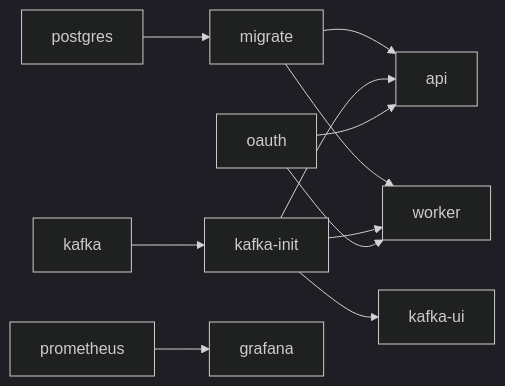
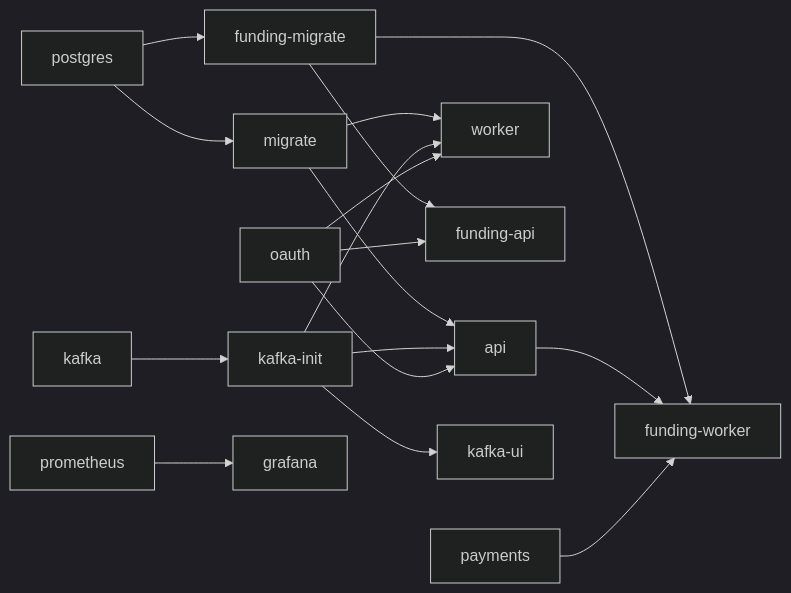
Before and after one commit to atamaniuc/program-capacity-service: the diagram in docs/local-stack.md, drawn with Mermaid (dark theme). The commit also changed other lines of this file and 7 other files, not shown here.

````diff
--- a/docs/local-stack.md
+++ b/docs/local-stack.md
@@ -24,10 +32,15 @@
 ```mermaid
 flowchart LR
   postgres --> migrate
+  postgres --> funding-migrate
   kafka --> kafka-init
   migrate --> api & worker
   kafka-init --> api & worker
   oauth --> api & worker
+  funding-migrate --> funding-api & funding-worker
+  oauth --> funding-api
+  api --> funding-worker
+  payments --> funding-worker
   kafka-init --> kafka-ui
   prometheus --> grafana
 ```
````
